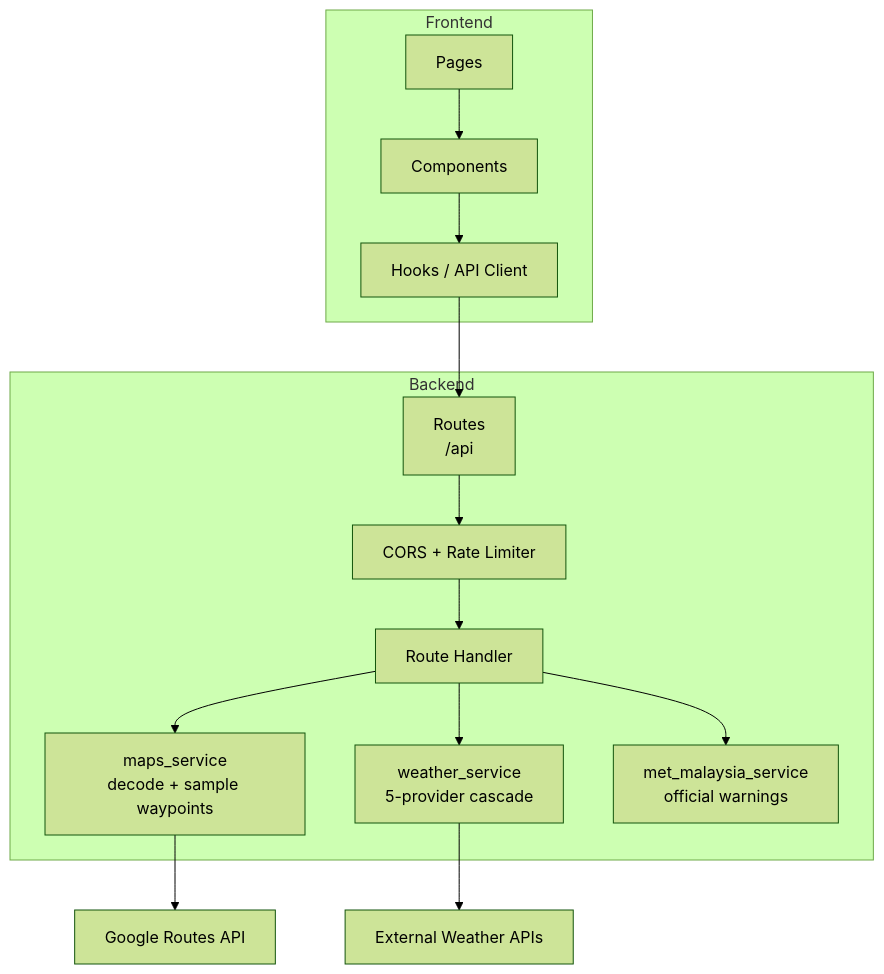
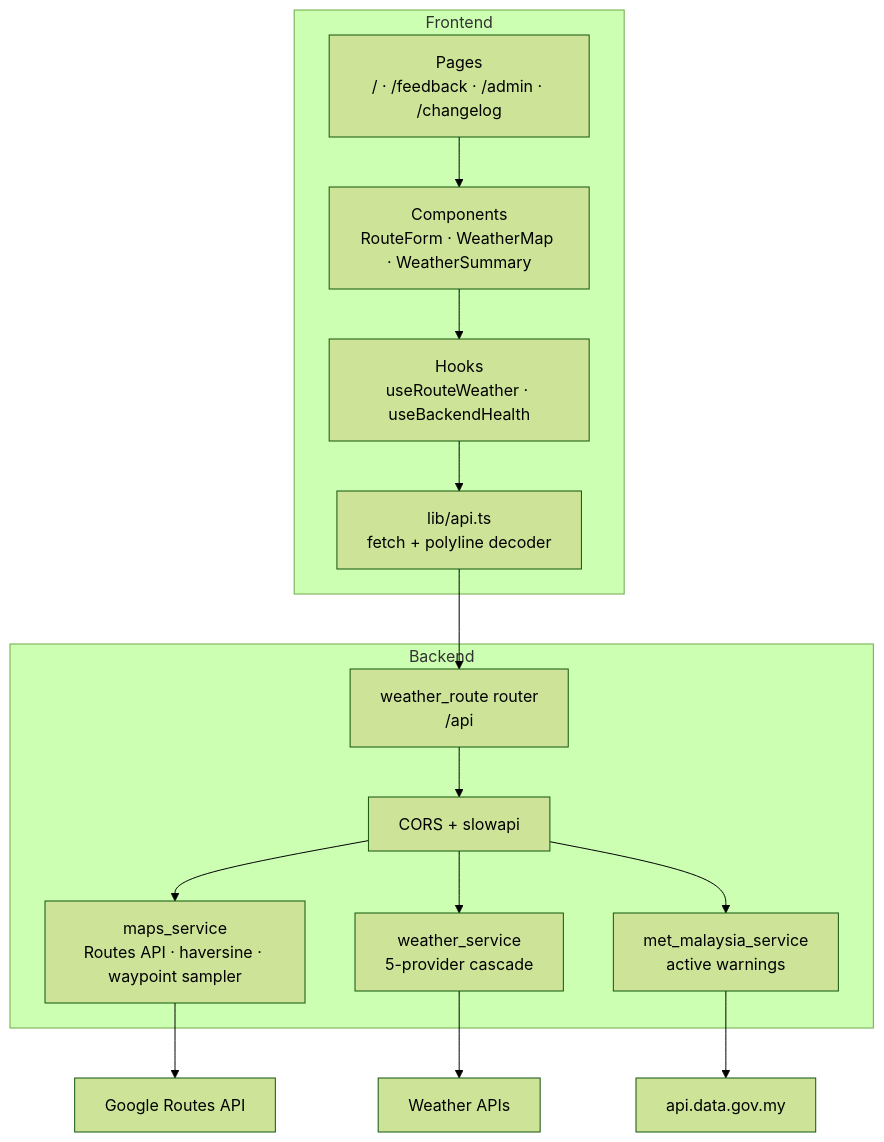
The third of 17 diagrams in portfolio-react/public/docs/redahluhh.md (snsyaqirah/snsyaqirah.github.io), drawn with Mermaid (forest theme) before and after one commit. The commit also changed other lines of this file and 101 other files, not shown here.

````diff
--- a/portfolio-react/public/docs/redahluhh.md
+++ b/portfolio-react/public/docs/redahluhh.md
@@ -114,17 +136,18 @@
 ```mermaid
 graph TD
     subgraph Frontend
-        P[Pages] --> C[Components]
-        C --> H[Hooks / API Client]
+        P["Pages<br/>/ · /feedback · /admin · /changelog"] --> C["Components<br/>RouteForm · WeatherMap · WeatherSummary"]
+        C --> H["Hooks<br/>useRouteWeather · useBackendHealth"]
+        H --> L["lib/api.ts<br/>fetch + polyline decoder"]
     end
     subgraph Backend
-        R[Routes\n/api] --> MW[CORS + Rate Limiter]
-        MW --> E[Route Handler]
-        E --> MS[maps_service\ndecode + sample waypoints]
-        E --> WS[weather_service\n5-provider cascade]
-        E --> MM[met_malaysia_service\nofficial warnings]
+        R["weather_route router<br/>/api"] --> MW["CORS + slowapi"]
+        MW --> MS["maps_service<br/>Routes API · haversine · waypoint sampler"]
+        MW --> WS["weather_service<br/>5-provider cascade"]
+        MW --> MM["met_malaysia_service<br/>active warnings"]
     end
-    H --> R
-    WS --> EXT[External Weather APIs]
-    MS --> GR[Google Routes API]
+    L --> R
+    MS --> GR["Google Routes API"]
+    WS --> EXT["Weather APIs"]
+    MM --> DGM["api.data.gov.my"]
 ```
````
